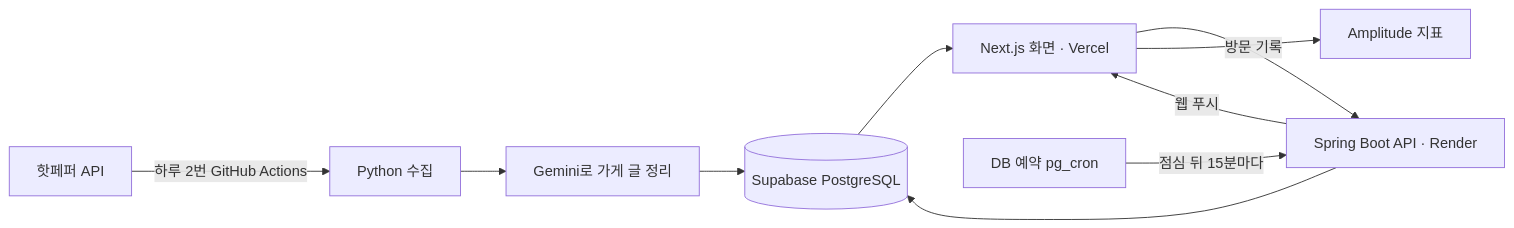
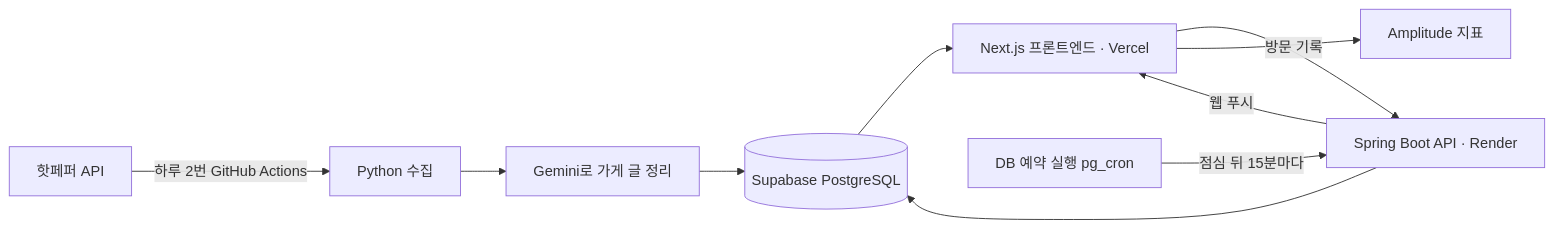
The diagram in README.md (bettsLee/osaka_lunch_app), drawn with Mermaid before and after one commit. The commit also changed other lines of this file, not shown here.

````diff
--- a/README.md
+++ b/README.md
@@ -42,12 +42,12 @@
 ```mermaid
 flowchart LR
   HP[핫페퍼 API] -->|하루 2번 GitHub Actions| COL[Python 수집]
   COL --> AI[Gemini로 가게 글 정리]
   AI --> DB[(Supabase PostgreSQL)]
-  DB --> WEB[Next.js 화면 · Vercel]
+  DB --> WEB[Next.js 프론트엔드 · Vercel]
   WEB -->|방문 기록| API[Spring Boot API · Render]
   API --> DB
-  CRON[DB 예약 pg_cron] -->|점심 뒤 15분마다| API
+  CRON[DB 예약 실행 pg_cron] -->|점심 뒤 15분마다| API
   API -->|웹 푸시| WEB
   WEB --> AMP[Amplitude 지표]
 ```
````
